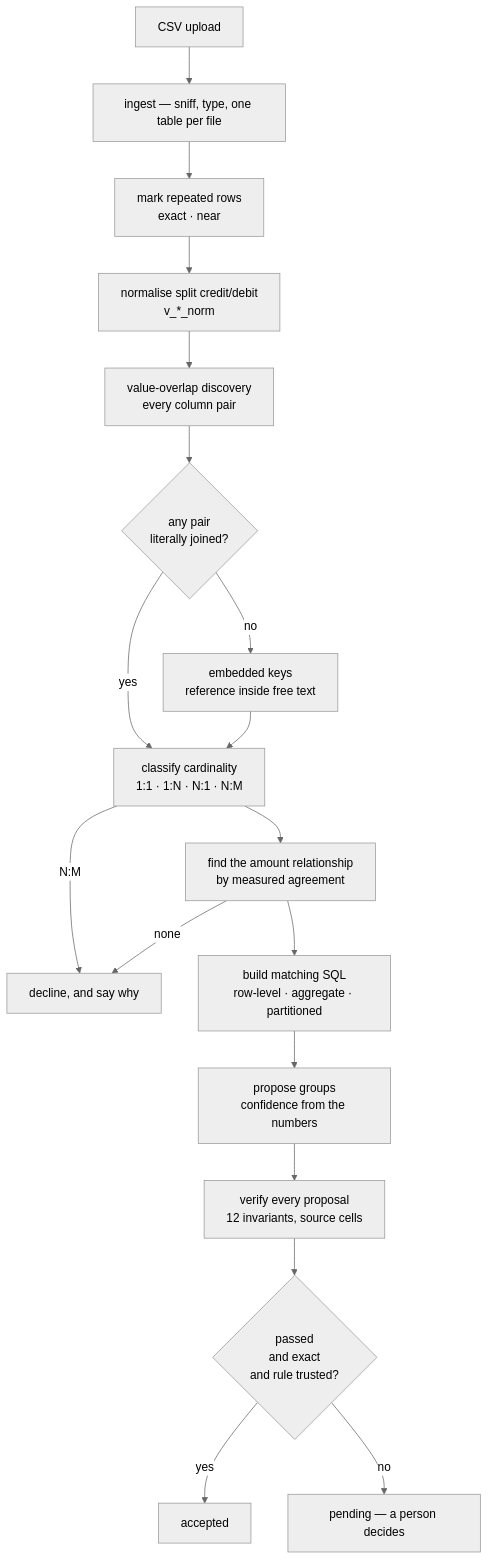
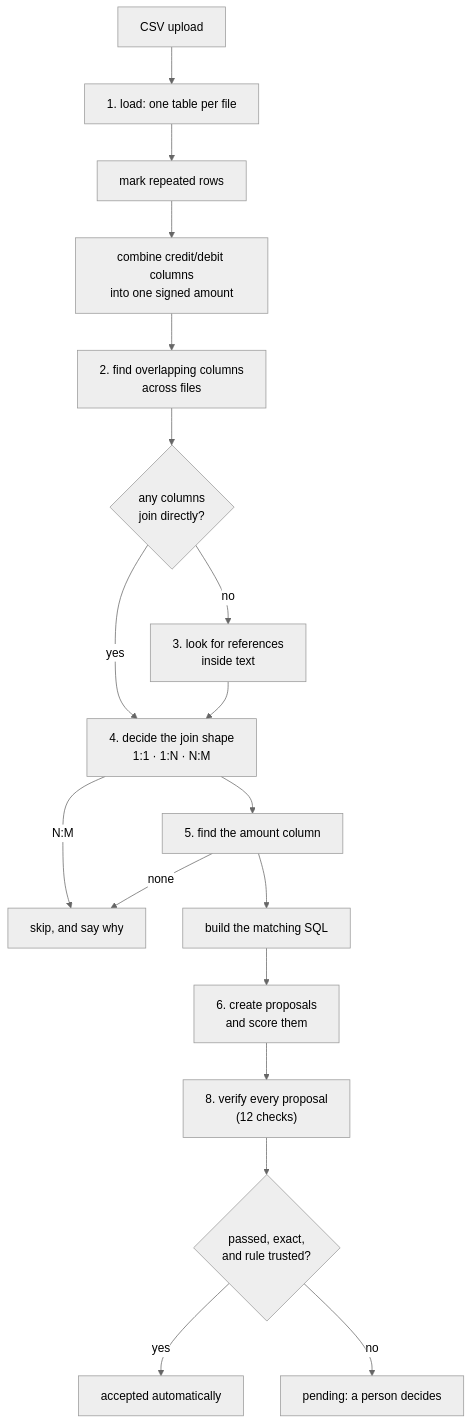
The diagram in docs/RULE-ENGINE.md (Gous0786/LedgerLine), drawn with Mermaid (neutral theme) before and after one commit. The commit also changed other lines of this file and 5 other files, not shown here.

````diff
--- a/docs/RULE-ENGINE.md
+++ b/docs/RULE-ENGINE.md
@@ -17,20 +19,20 @@
 ```mermaid
 flowchart TD
-    A["CSV upload"] --> B["ingest — sniff, type, one table per file"]
-    B --> C["mark repeated rows<br/>exact · near"]
-    C --> D["normalise split credit/debit<br/>v_*_norm"]
-    D --> E["value-overlap discovery<br/>every column pair"]
-    E --> F{"any pair<br/>literally joined?"}
-    F -- no --> G["embedded keys<br/>reference inside free text"]
+    A["CSV upload"] --> B["1. load: one table per file"]
+    B --> C["mark repeated rows"]
+    C --> D["combine credit/debit columns<br/>into one signed amount"]
+    D --> E["2. find overlapping columns<br/>across files"]
+    E --> F{"any columns<br/>join directly?"}
+    F -- no --> G["3. look for references<br/>inside text"]
     F -- yes --> H
-    G --> H["classify cardinality<br/>1:1 · 1:N · N:1 · N:M"]
-    H -- "N:M" --> X["decline, and say why"]
-    H --> I["find the amount relationship<br/>by measured agreement"]
+    G --> H["4. decide the join shape<br/>1:1 · 1:N · N:M"]
+    H -- "N:M" --> X["skip, and say why"]
+    H --> I["5. find the amount column"]
     I -- none --> X
-    I --> J["build matching SQL<br/>row-level · aggregate · partitioned"]
-    J --> K["propose groups<br/>confidence from the numbers"]
-    K --> L["verify every proposal<br/>12 invariants, source cells"]
-    L --> M{"passed<br/>and exact<br/>and rule trusted?"}
-    M -- yes --> N["accepted"]
-    M -- no --> O["pending — a person decides"]
+    I --> J["build the matching SQL"]
+    J --> K["6. create proposals<br/>and score them"]
+    K --> L["8. verify every proposal<br/>(12 checks)"]
+    L --> M{"passed, exact,<br/>and rule trusted?"}
+    M -- yes --> N["accepted automatically"]
+    M -- no --> O["pending: a person decides"]
 ```
````
